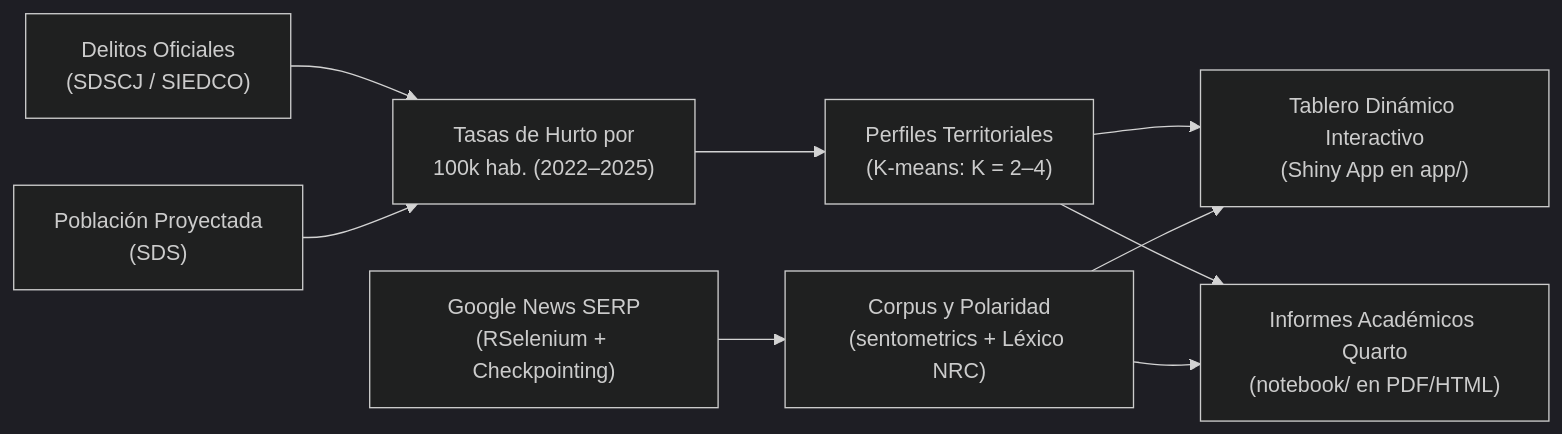
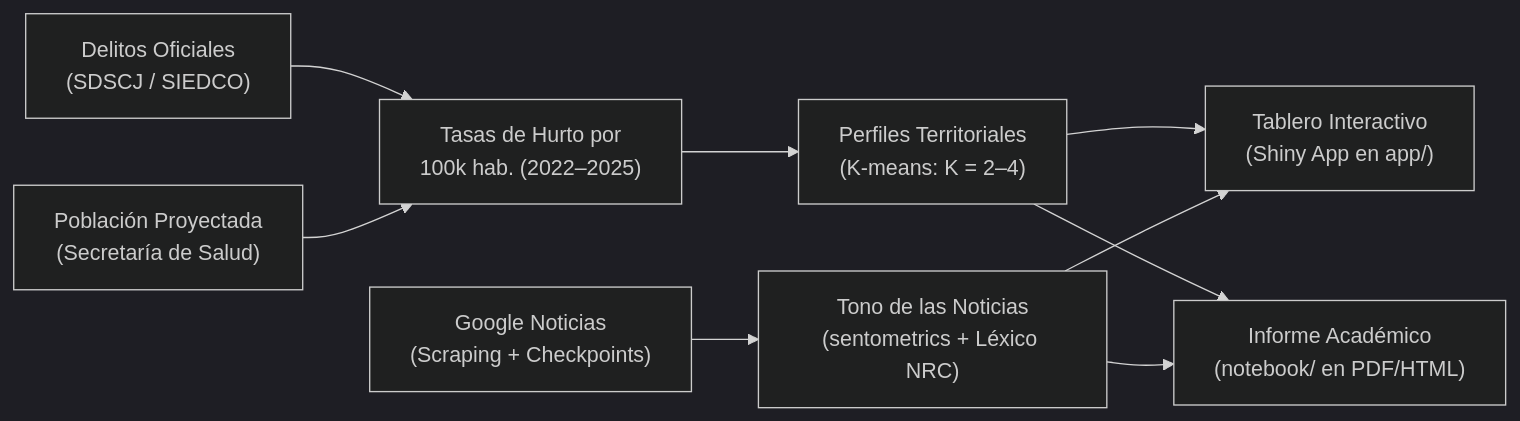
The diagram in README.md (juanjo-edm/Repo_Entrega_Final_Taller_R), drawn with Mermaid (dark theme) before and after one commit. The commit also changed other lines of this file and 7 other files, not shown here.

Commit message:
docs: simplificar y humanizar lenguaje de todos los READMEs preservando diagramas Mermaid y enlaces

````diff
--- a/README.md
+++ b/README.md
@@ -27,8 +29,8 @@
 ```mermaid
 flowchart LR
-    A["Delitos Oficiales<br/>(SDSCJ / SIEDCO)"] & B["Población Proyectada<br/>(SDS)"] --> C["Tasas de Hurto por<br/>100k hab. (2022–2025)"]
+    A["Delitos Oficiales<br/>(SDSCJ / SIEDCO)"] & B["Población Proyectada<br/>(Secretaría de Salud)"] --> C["Tasas de Hurto por<br/>100k hab. (2022–2025)"]
     C --> D["Perfiles Territoriales<br/>(K-means: K = 2–4)"]
-    E["Google News SERP<br/>(RSelenium + Checkpointing)"] --> F["Corpus y Polaridad<br/>(sentometrics + Léxico NRC)"]
-    D & F --> G["Tablero Dinámico Interactivo<br/>(Shiny App en app/)"]
-    D & F --> H["Informes Académicos Quarto<br/>(notebook/ en PDF/HTML)"]
+    E["Google Noticias<br/>(Scraping + Checkpoints)"] --> F["Tono de las Noticias<br/>(sentometrics + Léxico NRC)"]
+    D & F --> G["Tablero Interactivo<br/>(Shiny App en app/)"]
+    D & F --> H["Informe Académico<br/>(notebook/ en PDF/HTML)"]
 ```
````
